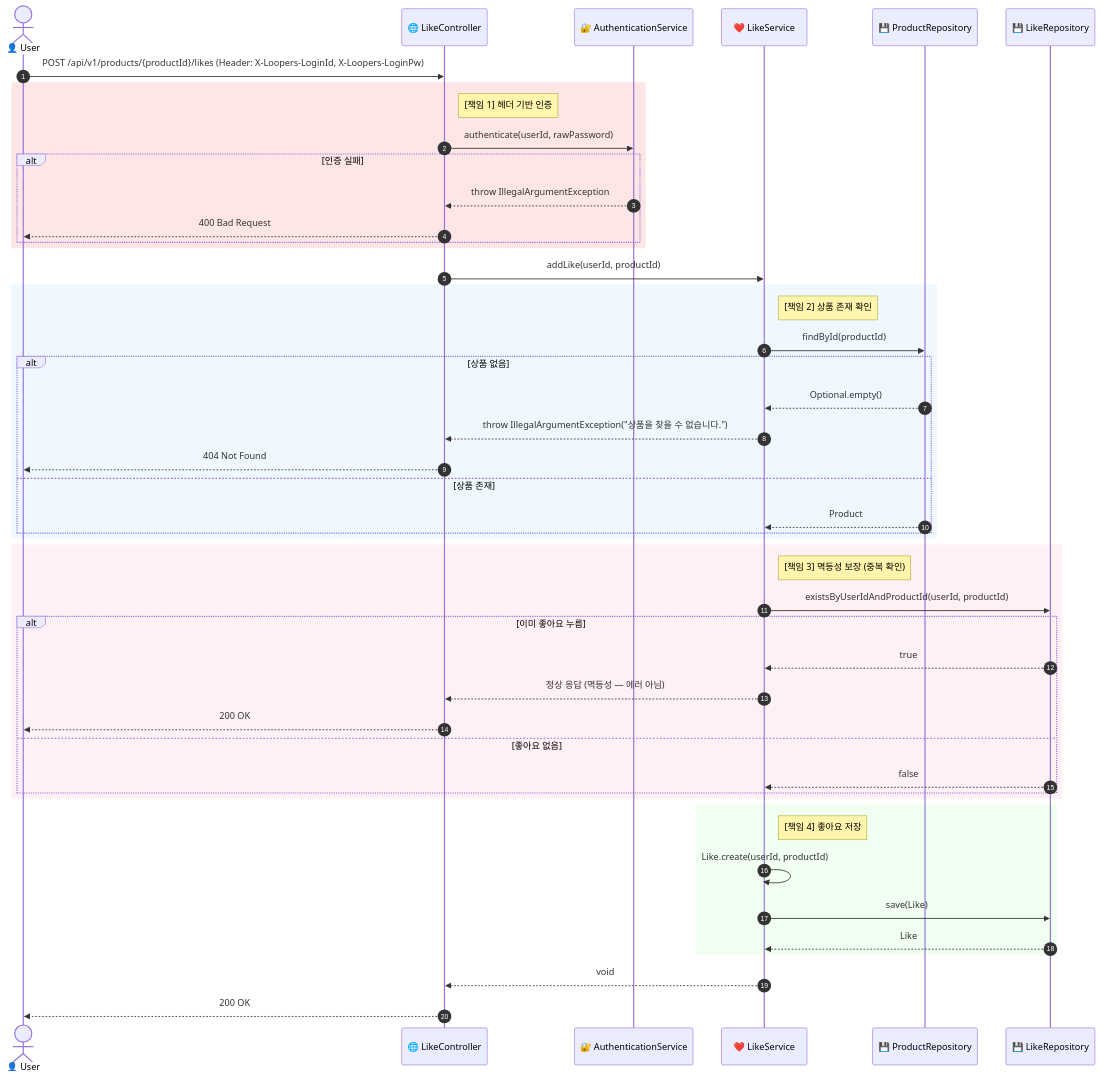
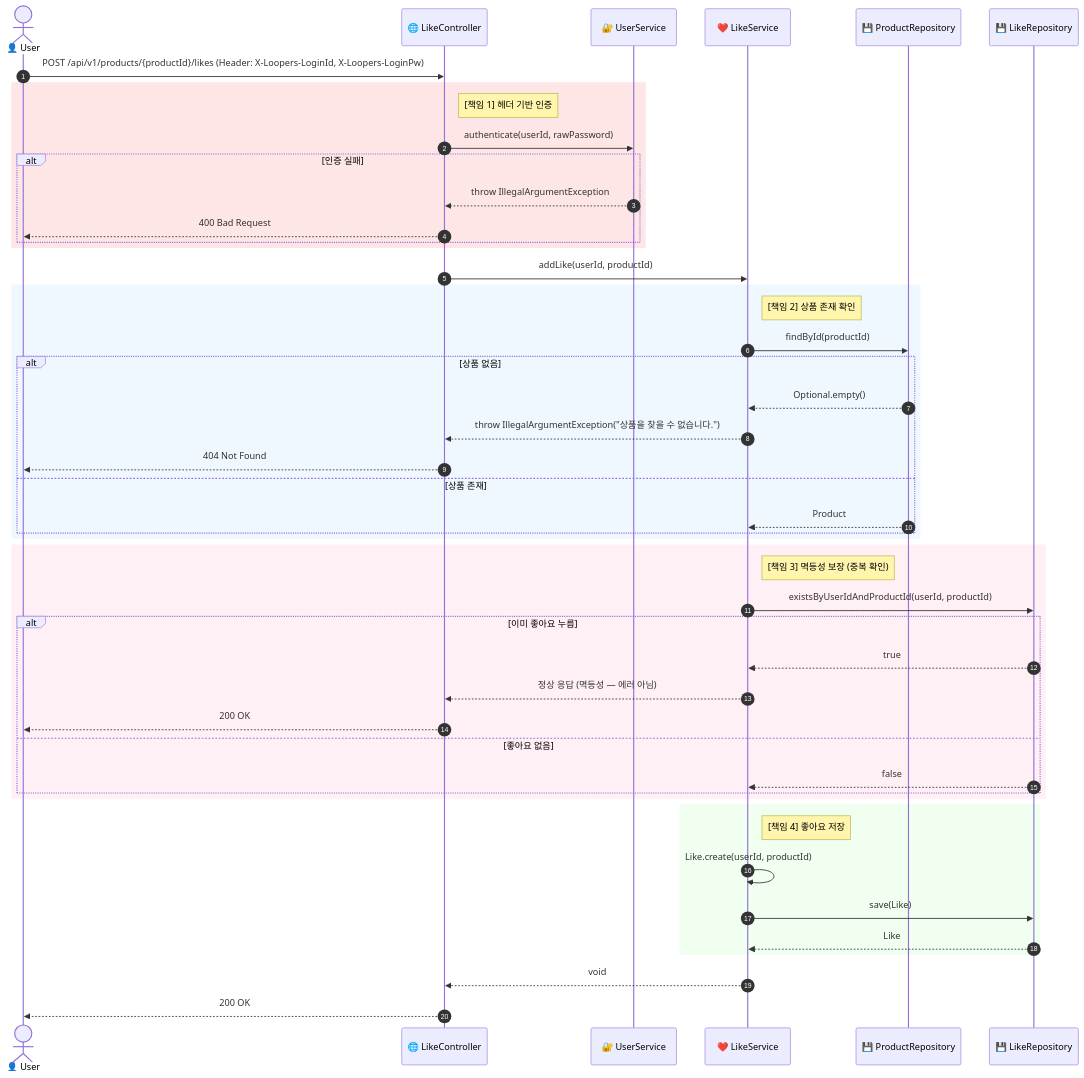
Before and after one commit to ukukdin/loop-pack-be-l2-vol3-java: the sixth of 9 diagrams in .docs/design/02-sequence-diagrams.md, drawn with Mermaid. The commit also changed other lines of this file and 11 other files, not shown here.

````diff
--- a/.docs/design/02-sequence-diagrams.md
+++ b/.docs/design/02-sequence-diagrams.md
@@ -338,57 +334,57 @@
 ```mermaid
 sequenceDiagram
     autonumber
     actor User as 👤 User
     participant API as 🌐 LikeController
-    participant Auth as 🔐 AuthenticationService
+    participant Auth as 🔐 UserService
     participant Service as ❤️ LikeService
     participant ProductDB as 💾 ProductRepository
     participant LikeDB as 💾 LikeRepository
 
     User->>API: POST /api/v1/products/{productId}/likes (Header: X-Loopers-LoginId, X-Loopers-LoginPw)
 
     rect rgb(255, 230, 230)
         Note right of API: [책임 1] 헤더 기반 인증
         API->>Auth: authenticate(userId, rawPassword)
         alt 인증 실패
             Auth-->>API: throw IllegalArgumentException
             API-->>User: 400 Bad Request
         end
     end
 
     API->>Service: addLike(userId, productId)
 
     rect rgb(240, 248, 255)
         Note right of Service: [책임 2] 상품 존재 확인
         Service->>ProductDB: findById(productId)
         alt 상품 없음
             ProductDB-->>Service: Optional.empty()
             Service-->>API: throw IllegalArgumentException("상품을 찾을 수 없습니다.")
             API-->>User: 404 Not Found
         else 상품 존재
             ProductDB-->>Service: Product
         end
     end
 
     rect rgb(255, 240, 245)
         Note right of Service: [책임 3] 멱등성 보장 (중복 확인)
         Service->>LikeDB: existsByUserIdAndProductId(userId, productId)
         alt 이미 좋아요 누름
             LikeDB-->>Service: true
             Service-->>API: 정상 응답 (멱등성 — 에러 아님)
             API-->>User: 200 OK
         else 좋아요 없음
             LikeDB-->>Service: false
         end
     end
 
     rect rgb(240, 255, 240)
         Note right of Service: [책임 4] 좋아요 저장
         Service->>Service: Like.create(userId, productId)
         Service->>LikeDB: save(Like)
         LikeDB-->>Service: Like
     end
 
     Service-->>API: void
     API-->>User: 200 OK
 ```
````
